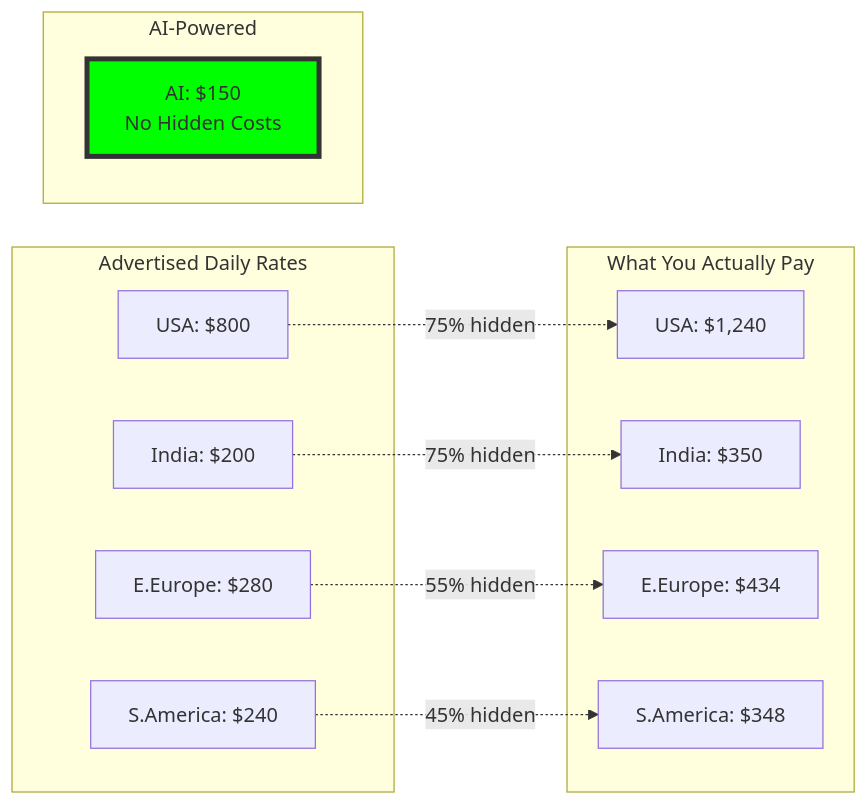
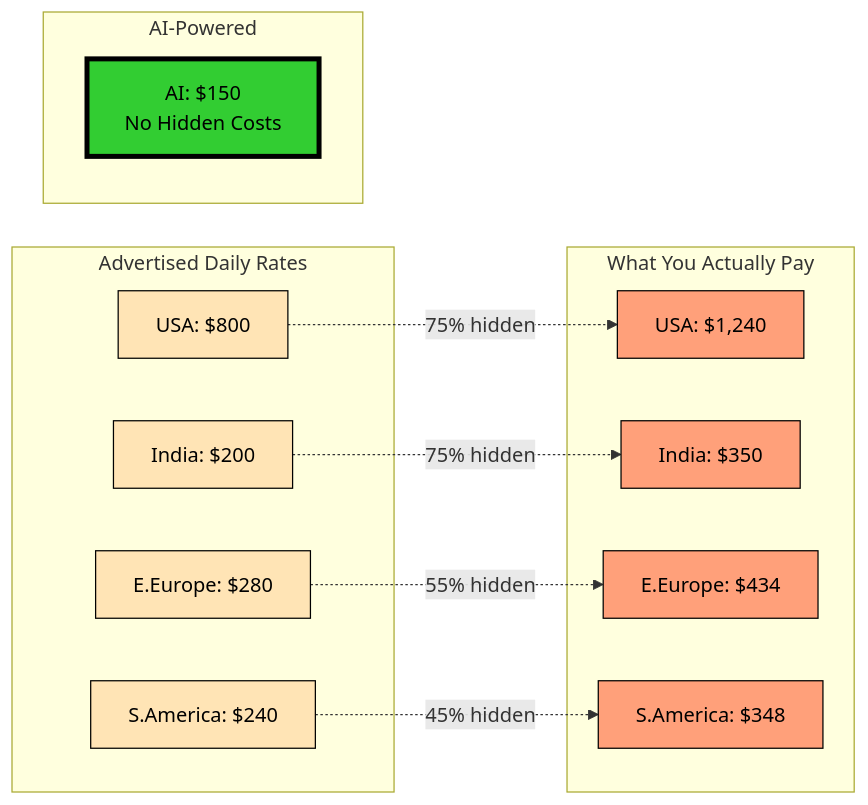
Before and after one commit to ekalachev/SF-hackaton: the first of 7 diagrams in ULTIMATE_AI_DEVELOPMENT_REPORT.md, drawn with Mermaid. The commit also changed other lines of this file and 6 other files, not shown here.

````diff
--- a/ULTIMATE_AI_DEVELOPMENT_REPORT.md
+++ b/ULTIMATE_AI_DEVELOPMENT_REPORT.md
@@ -17,27 +21,35 @@
 ```mermaid
 graph LR
     subgraph "Advertised Daily Rates"
         USA1[USA: $800] 
         IND1[India: $200]
         EE1[E.Europe: $280]
         SA1[S.America: $240]
     end
     
     subgraph "What You Actually Pay"
         USA2[USA: $1,240]
         IND2[India: $350]
         EE2[E.Europe: $434]
         SA2[S.America: $348]
     end
     
     subgraph "AI-Powered"
         AI[AI: $150<br/>No Hidden Costs]
     end
     
     USA1 -.75% hidden.-> USA2
     IND1 -.75% hidden.-> IND2
     EE1 -.55% hidden.-> EE2
     SA1 -.45% hidden.-> SA2
     
-    style AI fill:#00ff00,stroke:#333,stroke-width:4px
+    style AI fill:#32CD32,stroke:#000,stroke-width:4px,color:#000
+    style USA1 fill:#FFE4B5,stroke:#000,color:#000
+    style USA2 fill:#FFA07A,stroke:#000,color:#000
+    style IND1 fill:#FFE4B5,stroke:#000,color:#000
+    style IND2 fill:#FFA07A,stroke:#000,color:#000
+    style EE1 fill:#FFE4B5,stroke:#000,color:#000
+    style EE2 fill:#FFA07A,stroke:#000,color:#000
+    style SA1 fill:#FFE4B5,stroke:#000,color:#000
+    style SA2 fill:#FFA07A,stroke:#000,color:#000
 ```
````
